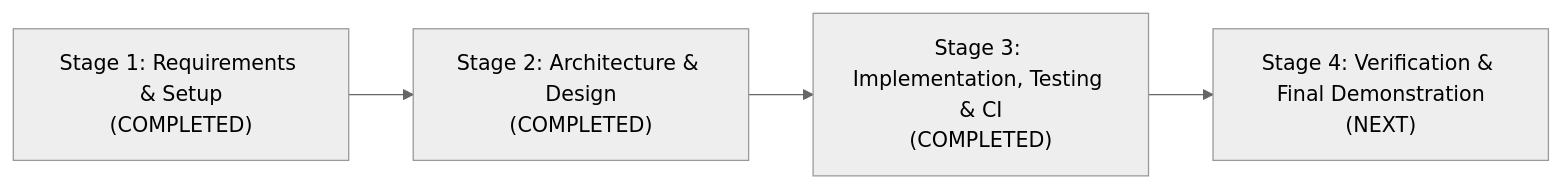
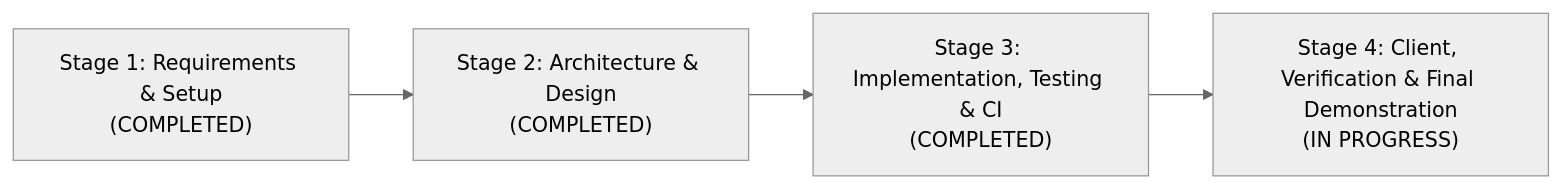
One commit to SuhasiniMadala/Financial_Ledger_Team_QUASAR changed the diagram in docs/architecture/development-plan.md. Above: the diagram before and after it, drawn with Mermaid (neutral theme). The commit also changed other lines of this file, not shown here.

First line of the commit message:
docs(plan): point Stage 4 to docs/review/stage-4-audit.md; list P0-R1 with owners and issues

````diff
--- a/docs/architecture/development-plan.md
+++ b/docs/architecture/development-plan.md
@@ -7,6 +7,6 @@
 ```mermaid
 graph LR
     S1["Stage 1: Requirements & Setup<br/>(COMPLETED)"] --> S2["Stage 2: Architecture & Design<br/>(COMPLETED)"]
     S2 --> S3["Stage 3: Implementation, Testing & CI<br/>(COMPLETED)"]
-    S3 --> S4["Stage 4: Verification & Final Demonstration<br/>(NEXT)"]
+    S3 --> S4["Stage 4: Client, Verification & Final Demonstration<br/>(IN PROGRESS)"]
 ```
````
